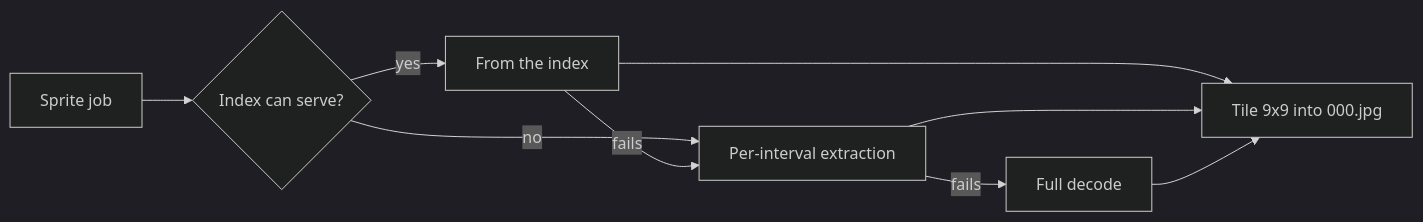
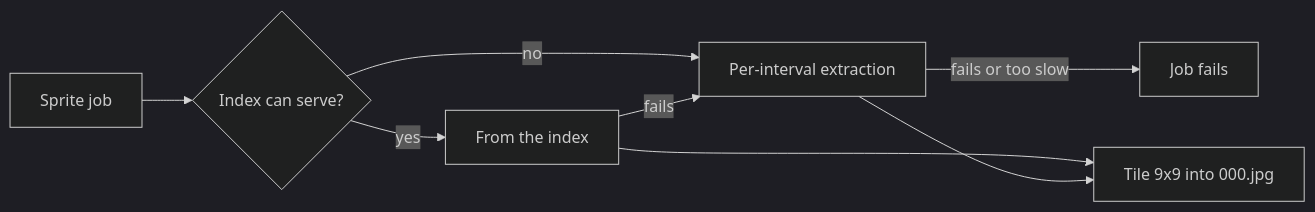
Before and after one commit to syudead/vv: the first of 5 diagrams in docs/design-docs/seek-sprite-generation.md, drawn with Mermaid (dark theme). The commit also changed other lines of this file and 17 other files, not shown here.

````diff
--- a/docs/design-docs/seek-sprite-generation.md
+++ b/docs/design-docs/seek-sprite-generation.md
@@ -16,11 +17,10 @@
 ```mermaid
 flowchart LR
   job[Sprite job] --> fit{Index can serve?}
   fit -->|yes| index[From the index]
   fit -->|no| interval[Per-interval extraction]
   index -->|fails| interval
-  interval -->|fails| full[Full decode]
+  interval -->|fails or too slow| failed[Job fails]
   index --> tile[Tile 9x9 into 000.jpg]
   interval --> tile
-  full --> tile
 ```
````
